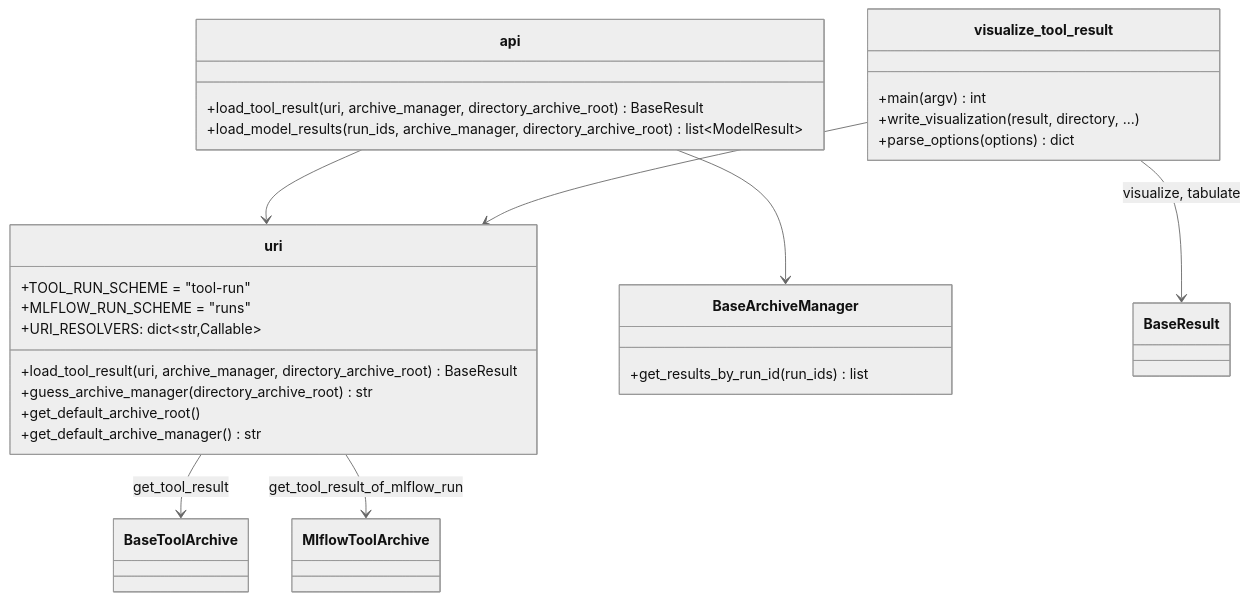
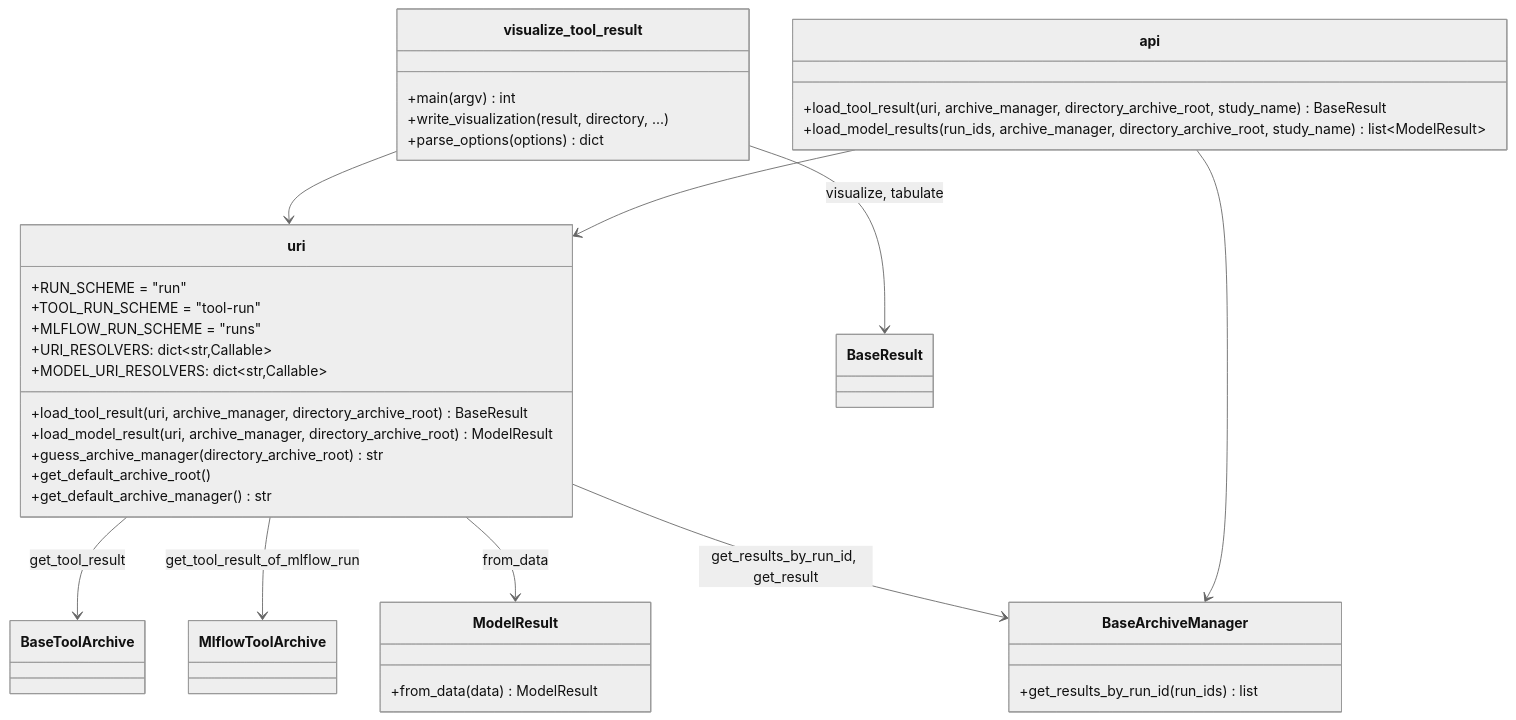
The diagram in spdd/prompt/SPEC-007-202610091121-[Feat]-cli-load-results-from-uri-and-visualize.md (SebastienBocquet/vimseo), drawn with Mermaid (neutral theme) before and after one commit. The commit also changed other lines of this file and 4 other files, not shown here.

````diff
--- a/spdd/prompt/SPEC-007-202610091121-[Feat]-cli-load-results-from-uri-and-visualize.md
+++ b/spdd/prompt/SPEC-007-202610091121-[Feat]-cli-load-results-from-uri-and-visualize.md
@@ -59,33 +77,41 @@
 ```mermaid
 classDiagram
 direction TB
 
 class uri {
+    +RUN_SCHEME = "run"
     +TOOL_RUN_SCHEME = "tool-run"
     +MLFLOW_RUN_SCHEME = "runs"
     +URI_RESOLVERS: dict~str,Callable~
+    +MODEL_URI_RESOLVERS: dict~str,Callable~
     +load_tool_result(uri, archive_manager, directory_archive_root) BaseResult
+    +load_model_result(uri, archive_manager, directory_archive_root) ModelResult
     +guess_archive_manager(directory_archive_root) str
     +get_default_archive_root()
     +get_default_archive_manager() str
 }
 class api {
-    +load_tool_result(uri, archive_manager, directory_archive_root) BaseResult
-    +load_model_results(run_ids, archive_manager, directory_archive_root) list~ModelResult~
+    +load_tool_result(uri, archive_manager, directory_archive_root, study_name) BaseResult
+    +load_model_results(run_ids, archive_manager, directory_archive_root, study_name) list~ModelResult~
+}
+class ModelResult {
+    +from_data(data) ModelResult
 }
 class BaseArchiveManager {
     +get_results_by_run_id(run_ids) list
 }
 class visualize_tool_result {
     +main(argv) int
     +write_visualization(result, directory, ...)
     +parse_options(options) dict
 }
 
 api --> uri
 api --> BaseArchiveManager
 uri --> BaseToolArchive : get_tool_result
 uri --> MlflowToolArchive : get_tool_result_of_mlflow_run
+uri --> BaseArchiveManager : get_results_by_run_id, get_result
+uri --> ModelResult : from_data
 visualize_tool_result --> uri
 visualize_tool_result --> BaseResult : visualize, tabulate
 ```
````
